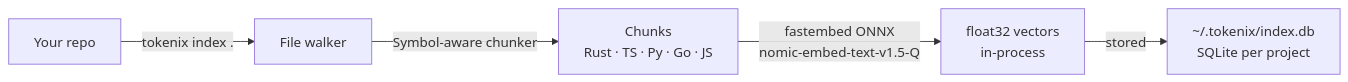
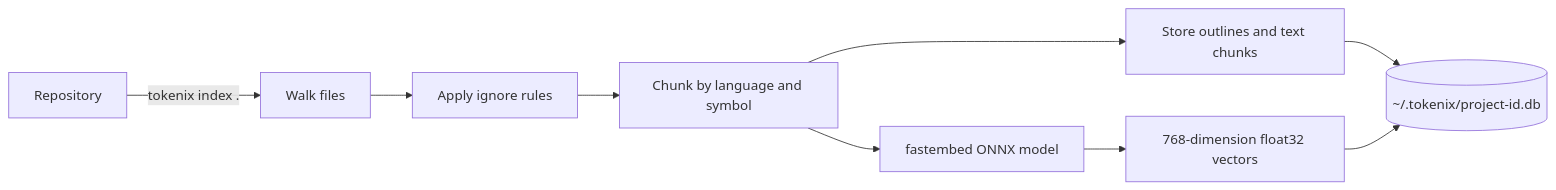
The second of 5 diagrams in README.md (juninmd/tokenix), drawn with Mermaid before and after one commit. The commit also changed other lines of this file and 2 other files, not shown here.

````diff
--- a/README.md
+++ b/README.md
@@ -108,7 +161,11 @@
 ```mermaid
 flowchart LR
-    A[Your repo] -->|tokenix index .| B[File walker]
-    B -->|Symbol-aware chunker| C[Chunks\nRust · TS · Py · Go · JS]
-    C -->|fastembed ONNX\nnomic-embed-text-v1.5-Q| D[float32 vectors\nin-process]
-    D -->|stored| E[~/.tokenix/index.db\nSQLite per project]
+    Repo[Repository] -->|tokenix index .| Walk[Walk files]
+    Walk --> Ignore[Apply ignore rules]
+    Ignore --> Chunk[Chunk by language and symbol]
+    Chunk --> Outline[Store outlines and text chunks]
+    Chunk --> Model[fastembed ONNX model]
+    Model --> Vector[768-dimension float32 vectors]
+    Outline --> DB[(~/.tokenix/project-id.db)]
+    Vector --> DB
 ```
````
